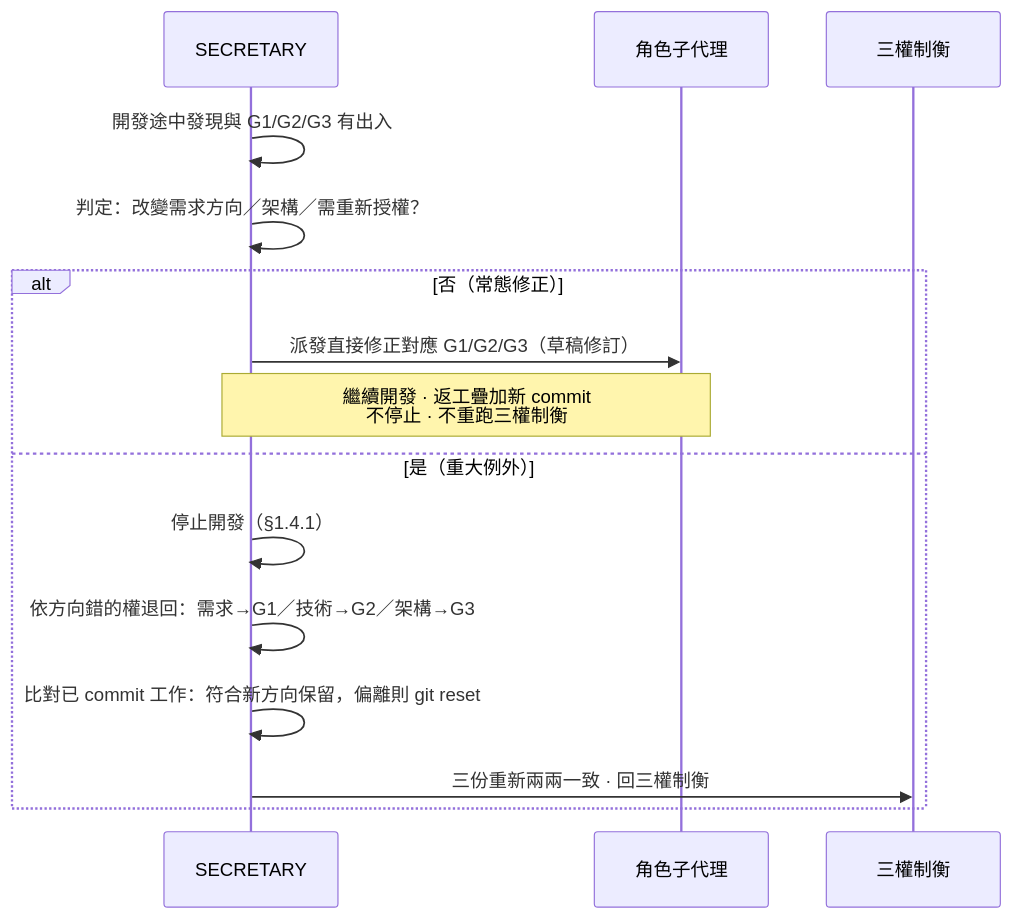
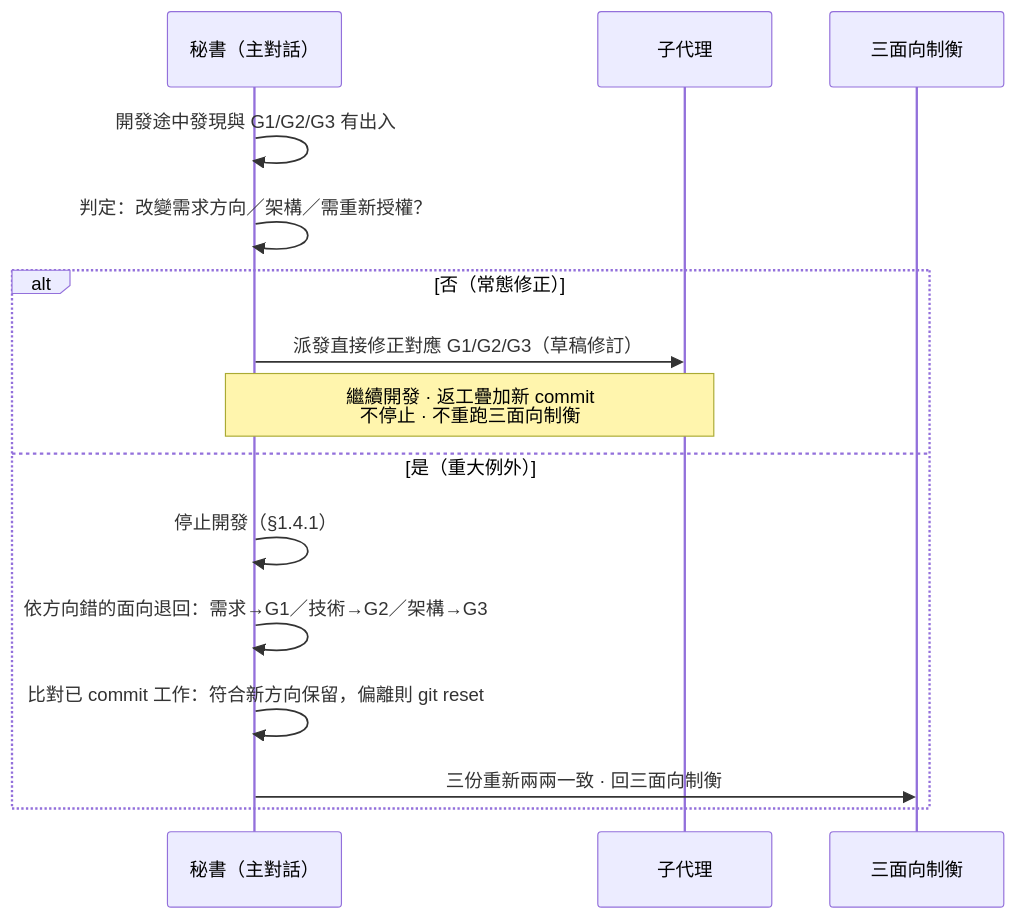
One commit to teps3105/shiftblame changed the second of 8 diagrams in skills/shiftblame/SKILL.md. Above: the diagram before and after it, drawn with Mermaid. The commit also changed other lines of this file and 29 other files, not shown here.

````diff
--- a/skills/shiftblame/SKILL.md
+++ b/skills/shiftblame/SKILL.md
@@ -99,19 +99,19 @@
    ```mermaid
    sequenceDiagram
-        participant SEC as SECRETARY
-        participant Agent as 角色子代理
-        participant Consult as 三權制衡
+        participant SEC as 秘書（主對話）
+        participant Agent as 子代理
+        participant Consult as 三面向制衡
 
         SEC->>SEC: 開發途中發現與 G1/G2/G3 有出入
         SEC->>SEC: 判定：改變需求方向／架構／需重新授權？
 
         alt 否（常態修正）
             SEC->>Agent: 派發直接修正對應 G1/G2/G3（草稿修訂）
-            Note over SEC,Agent: 繼續開發 · 返工疊加新 commit<br/>不停止 · 不重跑三權制衡
+            Note over SEC,Agent: 繼續開發 · 返工疊加新 commit<br/>不停止 · 不重跑三面向制衡
         else 是（重大例外）
             SEC->>SEC: 停止開發（§1.4.1）
-            SEC->>SEC: 依方向錯的權退回：需求→G1／技術→G2／架構→G3
+            SEC->>SEC: 依方向錯的面向退回：需求→G1／技術→G2／架構→G3
             SEC->>SEC: 比對已 commit 工作：符合新方向保留，偏離則 git reset
-            SEC->>Consult: 三份重新兩兩一致 · 回三權制衡
+            SEC->>Consult: 三份重新兩兩一致 · 回三面向制衡
         end
    ```
````
